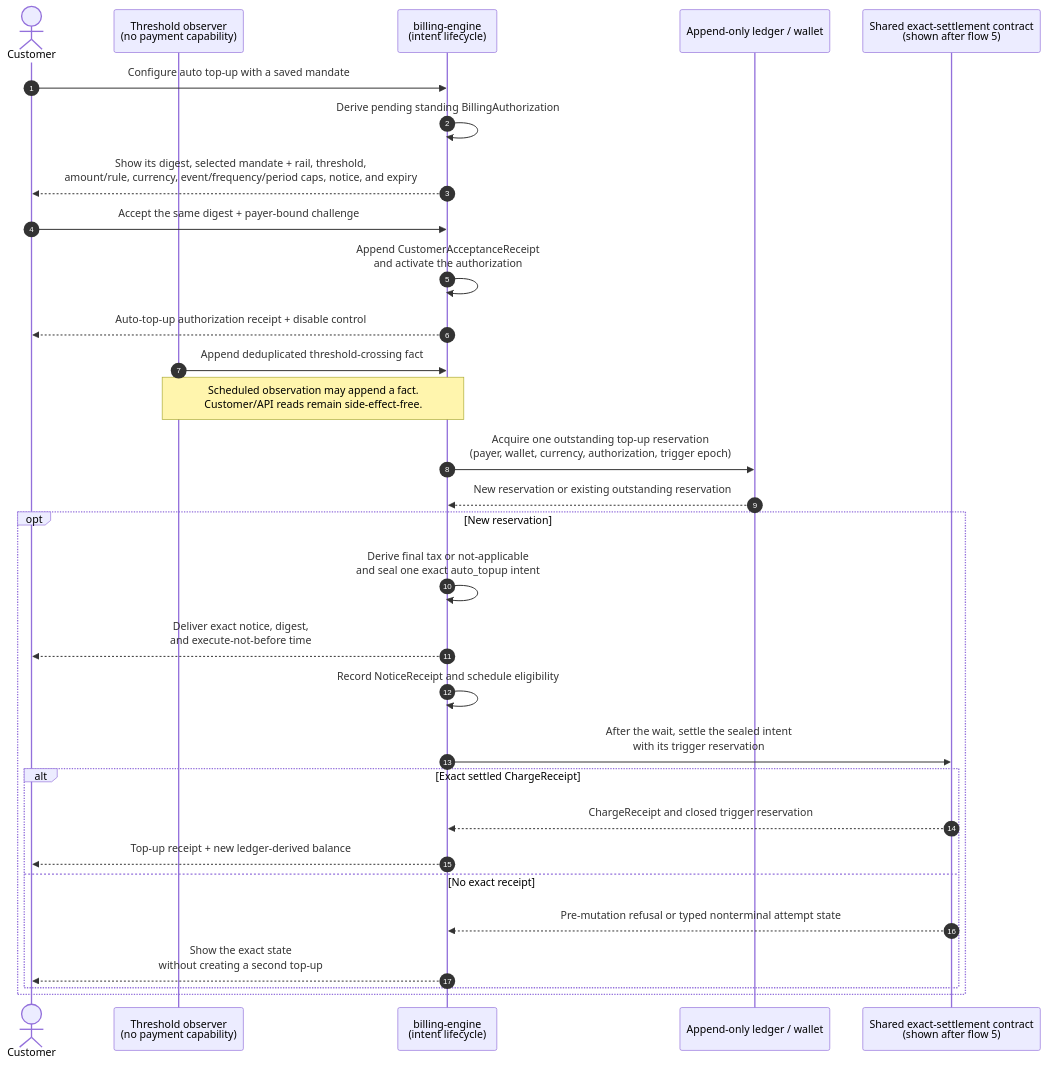
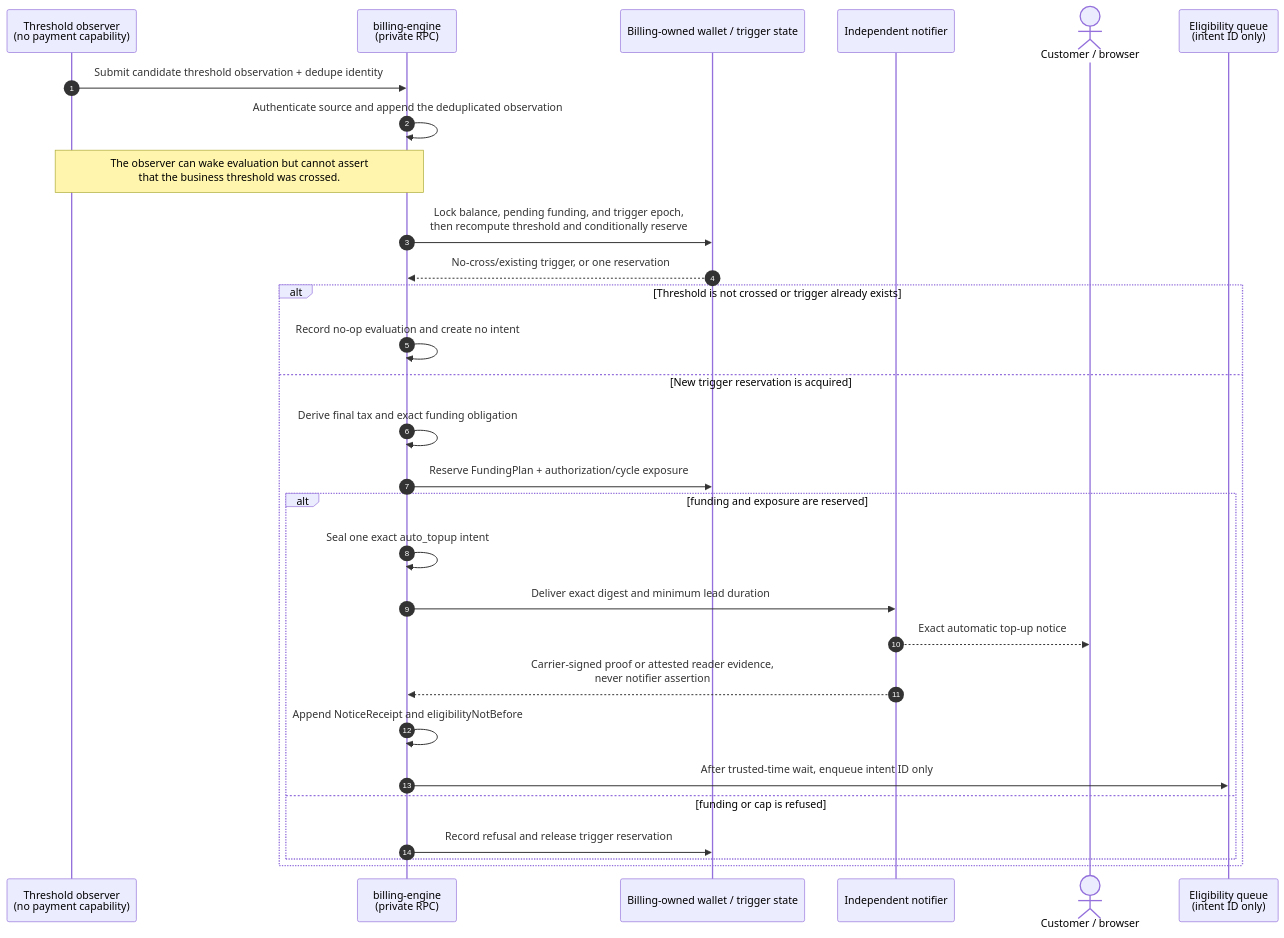
One commit to mirrorstack-ai/billing-engine changed the eighth of 17 diagrams in README.md. Above: the diagram before and after it, drawn with Mermaid. The commit also changed other lines of this file and 8 other files, not shown here.

Commit message:
docs: harden intent-only billing architecture

````diff
--- a/README.md
+++ b/README.md
@@ -193,34 +531,32 @@
 ```mermaid
 sequenceDiagram
     autonumber
-    actor Customer
     participant Observer as Threshold observer<br/>(no payment capability)
-    participant Engine as billing-engine<br/>(intent lifecycle)
-    participant Ledger as Append-only ledger / wallet
-    participant Settlement as Shared exact-settlement contract<br/>(shown after flow 5)
+    participant Engine as billing-engine<br/>(private RPC)
+    participant State as Billing-owned wallet / trigger state
+    participant Notice as Independent notifier
+    actor Customer as Customer / browser
+    participant Queue as Eligibility queue<br/>(intent ID only)
 
-    Customer->>Engine: Configure auto top-up with a saved mandate
-    Engine->>Engine: Derive pending standing BillingAuthorization
-    Engine-->>Customer: Show its digest, selected mandate + rail, threshold,<br/>amount/rule, currency, event/frequency/period caps, notice, and expiry
-    Customer->>Engine: Accept the same digest + payer-bound challenge
-    Engine->>Engine: Append CustomerAcceptanceReceipt<br/>and activate the authorization
-    Engine-->>Customer: Auto-top-up authorization receipt + disable control
-
-    Observer->>Engine: Append deduplicated threshold-crossing fact
-    Note over Observer,Engine: Scheduled observation may append a fact.<br/>Customer/API reads remain side-effect-free.
-    Engine->>Ledger: Acquire one outstanding top-up reservation<br/>(payer, wallet, currency, authorization, trigger epoch)
-    Ledger-->>Engine: New reservation or existing outstanding reservation
-    opt New reservation
-        Engine->>Engine: Derive final tax or not-applicable<br/>and seal one exact auto_topup intent
-        Engine-->>Customer: Deliver exact notice, digest,<br/>and execute-not-before time
-        Engine->>Engine: Record NoticeReceipt and schedule eligibility
-        Engine->>Settlement: After the wait, settle the sealed intent<br/>with its trigger reservation
-        alt Exact settled ChargeReceipt
-            Settlement-->>Engine: ChargeReceipt and closed trigger reservation
-            Engine-->>Customer: Top-up receipt + new ledger-derived balance
-        else No exact receipt
-            Settlement-->>Engine: Pre-mutation refusal or typed nonterminal attempt state
-            Engine-->>Customer: Show the exact state<br/>without creating a second top-up
+    Observer->>Engine: Submit candidate threshold observation + dedupe identity
+    Engine->>Engine: Authenticate source and append the deduplicated observation
+    Note over Observer,Engine: The observer can wake evaluation but cannot assert<br/>that the business threshold was crossed.
+    Engine->>State: Lock balance, pending funding, and trigger epoch,<br/>then recompute threshold and conditionally reserve
+    State-->>Engine: No-cross/existing trigger, or one reservation
+    alt Threshold is not crossed or trigger already exists
+        Engine->>Engine: Record no-op evaluation and create no intent
+    else New trigger reservation is acquired
+        Engine->>Engine: Derive final tax and exact funding obligation
+        Engine->>State: Reserve FundingPlan + authorization/cycle exposure
+        alt funding and exposure are reserved
+            Engine->>Engine: Seal one exact auto_topup intent
+            Engine->>Notice: Deliver exact digest and minimum lead duration
+            Notice-->>Customer: Exact automatic top-up notice
+            Notice-->>Engine: Carrier-signed proof or attested reader evidence,<br/>never notifier assertion
+            Engine->>Engine: Append NoticeReceipt and eligibilityNotBefore
+            Engine->>Queue: After trusted-time wait, enqueue intent ID only
+        else funding or cap is refused
+            Engine->>State: Record refusal and release trigger reservation
         end
     end
 ```
````
